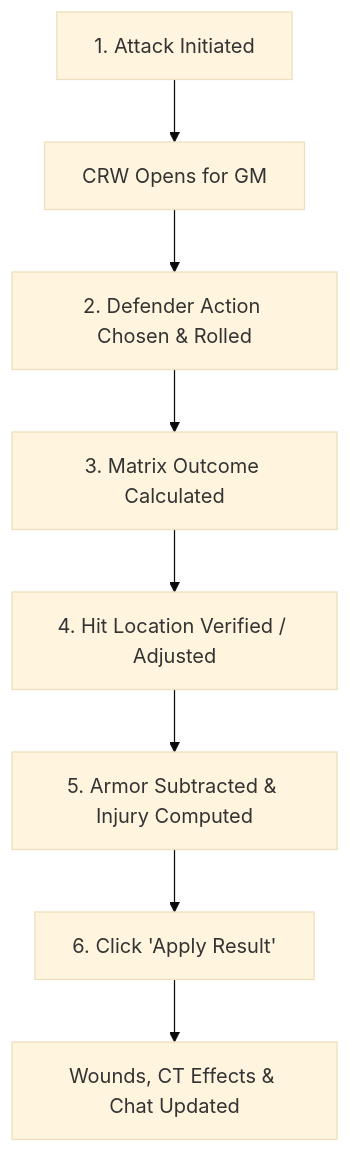
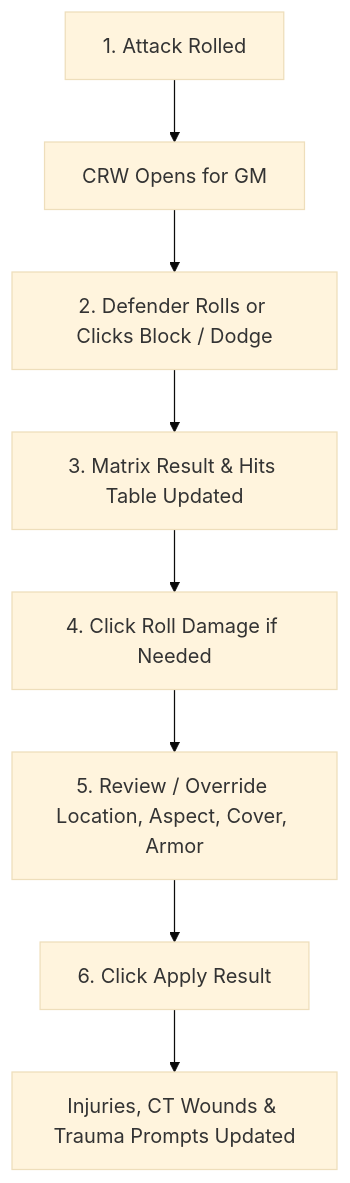
The diagram in docs/combat-resolution.md (FGMephisto/HarnMasterPublic), drawn with Mermaid (base theme) before and after one commit. The commit also changed other lines of this file and 3 other files, not shown here.

Commit message:
docs: update end-user documentation for current UI, sub-rolls, CRW, and MRW

````diff
--- a/docs/combat-resolution.md
+++ b/docs/combat-resolution.md
@@ -9,10 +9,10 @@
 ```mermaid
-graph TD
-    A[1. Attack Initiated] --> B[CRW Opens for GM]
-    B --> C[2. Defender Action Chosen & Rolled]
-    C --> D[3. Matrix Outcome Calculated]
-    D --> E[4. Hit Location Verified / Adjusted]
-    E --> F[5. Armor Subtracted & Injury Computed]
-    F --> G[6. Click 'Apply Result']
-    G --> H[Wounds, CT Effects & Chat Updated]
+flowchart TD
+    A[1. Attack Rolled] --> B[CRW Opens for GM]
+    B --> C[2. Defender Rolls or Clicks Block / Dodge]
+    C --> D[3. Matrix Result & Hits Table Updated]
+    D --> E[4. Click Roll Damage if Needed]
+    E --> F[5. Review / Override Location, Aspect, Cover, Armor]
+    F --> G[6. Click Apply Result]
+    G --> H[Injuries, CT Wounds & Trauma Prompts Updated]
 ```
````
